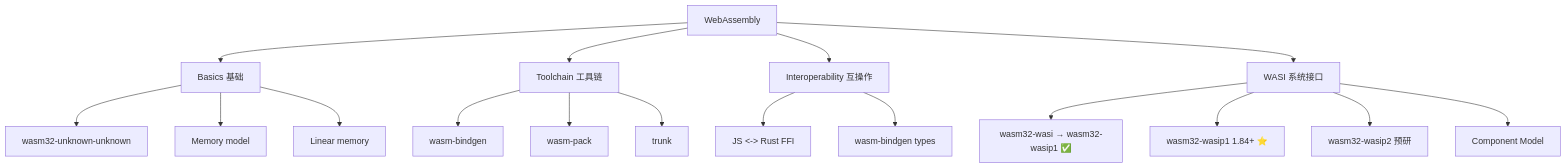
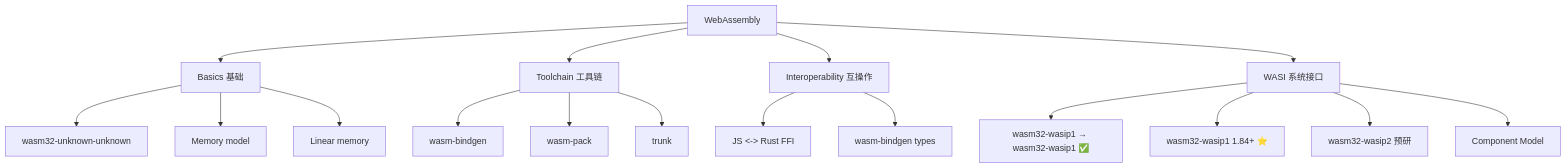
Diagram 14 of 16 in docs/04_rust_language_feature_comprehensive_inventory_2026.md (martin-ly/rust-lang), drawn with Mermaid before and after one commit. The commit also changed other lines of this file and 231 other files, not shown here.

````diff
--- a/docs/04_rust_language_feature_comprehensive_inventory_2026.md
+++ b/docs/04_rust_language_feature_comprehensive_inventory_2026.md
@@ -2029,23 +2036,23 @@
 ```mermaid
 graph TD
     C12[WebAssembly] --> B[Basics 基础]
     C12 --> T[Toolchain 工具链]
     C12 --> I[Interoperability 互操作]
     C12 --> W[WASI 系统接口]
 
     B --> B1[wasm32-unknown-unknown]
     B --> B2[Memory model]
     B --> B3[Linear memory]
 
     T --> T1[wasm-bindgen]
     T --> T2[wasm-pack]
     T --> T3[ trunk]
 
     I --> I1[JS <-> Rust FFI]
     I --> I2[wasm-bindgen types]
 
-    W --> W1[wasm32-wasi → wasm32-wasip1 ✅]
+    W --> W1[wasm32-wasip1 → wasm32-wasip1 ✅]
     W --> W2[wasm32-wasip1 1.84+ ⭐]
     W --> W3[wasm32-wasip2 预研]
     W --> W4[Component Model]
 ```
````
